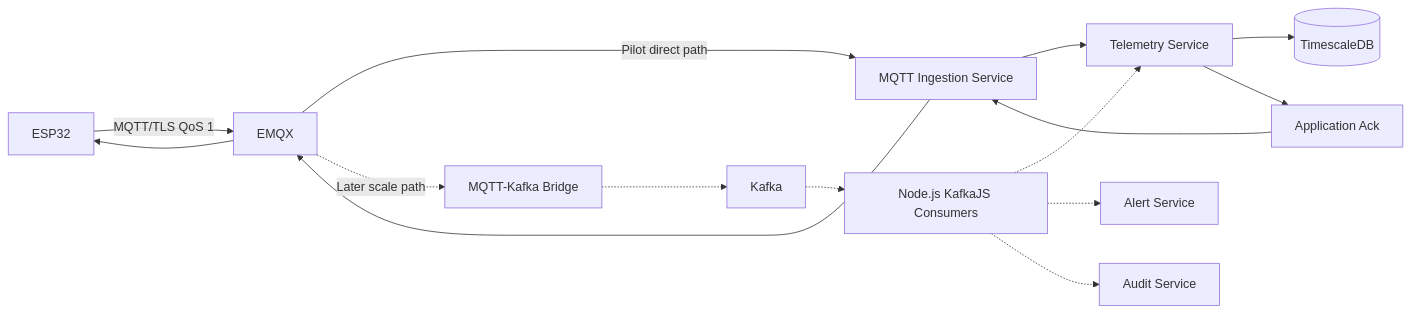
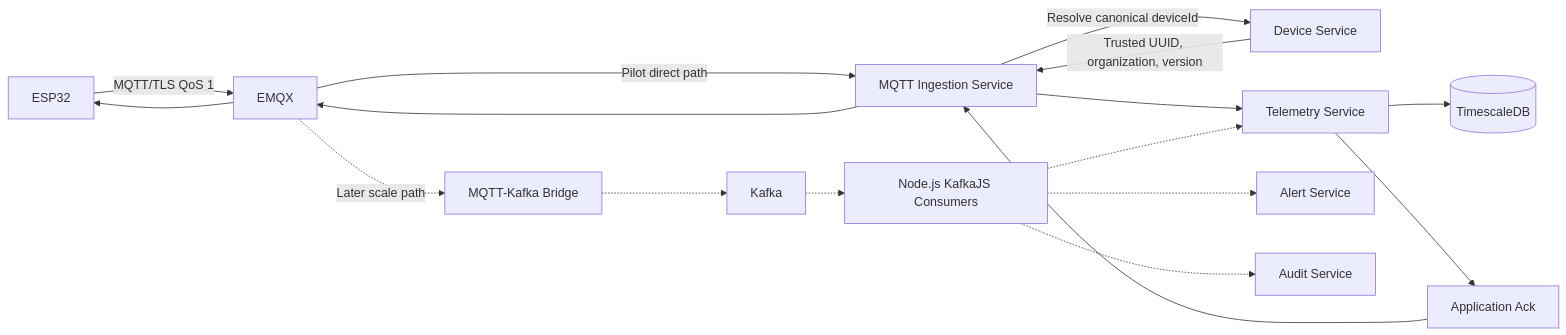
One commit to AlgaGuard/algaguard-docs changed the first of 2 diagrams in docs/backend/event-flow.md. Above: the diagram before and after it, drawn with Mermaid. The commit also changed other lines of this file and 16 other files, not shown here.

````diff
--- a/docs/backend/event-flow.md
+++ b/docs/backend/event-flow.md
@@ -3,16 +3,18 @@
 ```mermaid
 flowchart LR
     ESP["ESP32"] -->|"MQTT/TLS QoS 1"| EMQX["EMQX"]
     EMQX -->|"Pilot direct path"| INGEST["MQTT Ingestion Service"]
+    INGEST -->|"Resolve canonical deviceId"| DEVICE["Device Service"]
+    DEVICE -->|"Trusted UUID, organization, version"| INGEST
     INGEST --> TELEMETRY["Telemetry Service"]
     TELEMETRY --> DB[("TimescaleDB")]
     TELEMETRY --> ACK["Application Ack"]
     ACK --> INGEST --> EMQX --> ESP
 
     EMQX -.->|"Later scale path"| BRIDGE["MQTT-Kafka Bridge"]
     BRIDGE -.-> KAFKA["Kafka"]
     KAFKA -.-> CONSUMERS["Node.js KafkaJS Consumers"]
     CONSUMERS -.-> TELEMETRY
     CONSUMERS -.-> ALERT["Alert Service"]
     CONSUMERS -.-> AUDIT["Audit Service"]
 ```
````
